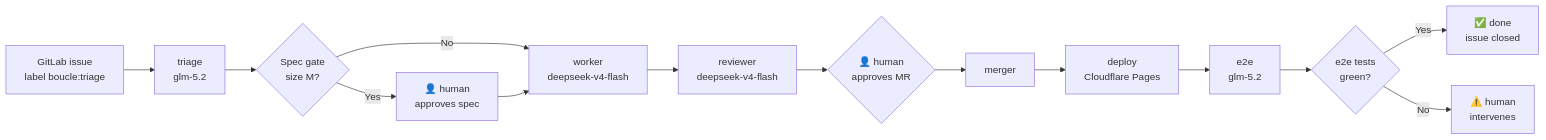
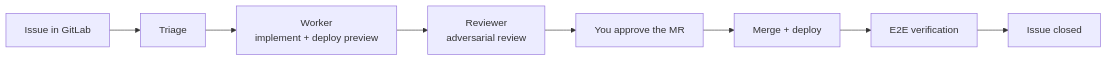
One commit to ankaboot-source/boucle changed the diagram in README.md. Above: the diagram before and after it, drawn with Mermaid. The commit also changed other lines of this file, not shown here.

Commit message:
docs: rewrite README — zero-code loop engineering pitch, simpler install, roadmap, AGPL

````diff
--- a/README.md
+++ b/README.md
@@ -15,16 +31,10 @@
 ```mermaid
 flowchart LR
-    A[GitLab issue<br/>label boucle:triage] --> B[triage<br/>glm-5.2]
-    B --> C{Spec gate<br/>size M?}
-    C -->|Yes| D[👤 human<br/>approves spec]
-    C -->|No| E[worker<br/>deepseek-v4-flash]
-    D --> E
-    E --> F[reviewer<br/>deepseek-v4-flash]
-    F --> G{👤 human<br/>approves MR}
-    G --> H[merger]
-    H --> I[deploy<br/>Cloudflare Pages]
-    I --> J[e2e<br/>glm-5.2]
-    J --> K{e2e tests<br/>green?}
-    K -->|Yes| L[✅ done<br/>issue closed]
-    K -->|No| M[⚠️ human<br/>intervenes]
+    A[Issue in GitLab] --> B[Triage]
+    B --> C[Worker<br/>implement + deploy preview]
+    C --> D[Reviewer<br/>adversarial review]
+    D --> E[You approve the MR]
+    E --> F[Merge + deploy]
+    F --> G[E2E verification]
+    G --> H[Issue closed]
 ```
````
